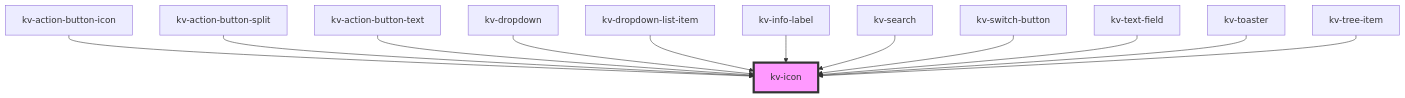
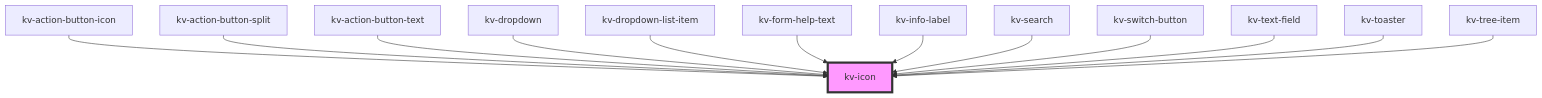
Before and after one commit to kelvininc/ui-components: the diagram in packages/ui-components/src/components/icon/readme.md, drawn with Mermaid. The commit also changed other lines of this file and 105 other files, not shown here.

Commit message:
feat(kv-schema-form): add and integrate the react-jsonschema-form lib

````diff
--- a/packages/ui-components/src/components/icon/readme.md
+++ b/packages/ui-components/src/components/icon/readme.md
@@ -90,15 +91,16 @@
 ```mermaid
 graph TD;
   kv-action-button-icon --> kv-icon
   kv-action-button-split --> kv-icon
   kv-action-button-text --> kv-icon
   kv-dropdown --> kv-icon
   kv-dropdown-list-item --> kv-icon
+  kv-form-help-text --> kv-icon
   kv-info-label --> kv-icon
   kv-search --> kv-icon
   kv-switch-button --> kv-icon
   kv-text-field --> kv-icon
   kv-toaster --> kv-icon
   kv-tree-item --> kv-icon
   style kv-icon fill:#f9f,stroke:#333,stroke-width:4px
 ```
````
